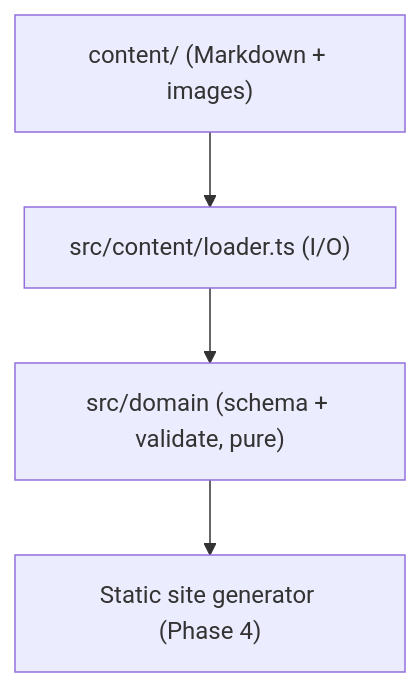
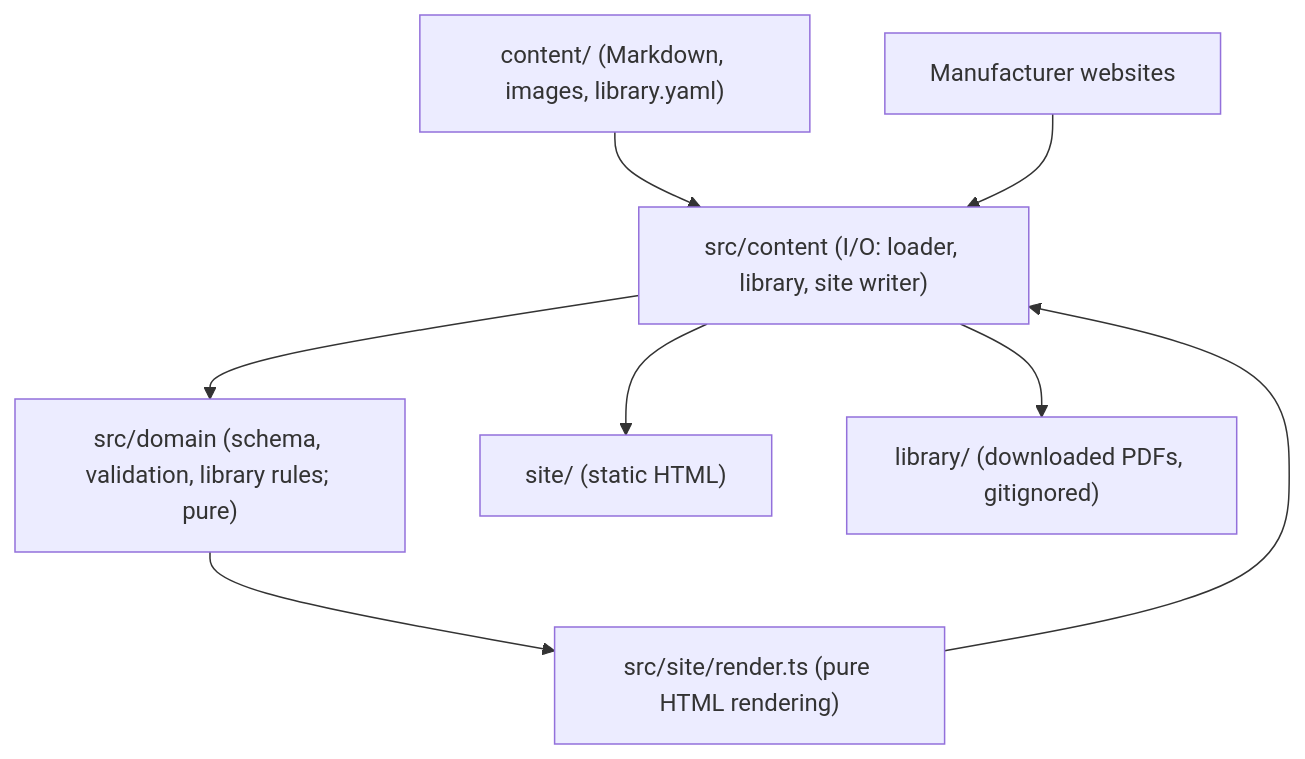
One commit to JustinANelson/building-automation-wiki changed the diagram in docs/ARCHITECTURE.md. Above: the diagram before and after it, drawn with Mermaid. The commit also changed other lines of this file and 8 other files, not shown here.

First line of the commit message:
Add static site generator, site tests, and fix roadmap docs

````diff
--- a/docs/ARCHITECTURE.md
+++ b/docs/ARCHITECTURE.md
@@ -5,6 +5,10 @@
 ```mermaid
 flowchart TD
-    Content["content/ (Markdown + images)"] --> Loader["src/content/loader.ts (I/O)"]
-    Loader --> Domain["src/domain (schema + validate, pure)"]
-    Domain --> Site["Static site generator (Phase 4)"]
+    Content["content/ (Markdown, images, library.yaml)"] --> Loader["src/content (I/O: loader, library, site writer)"]
+    Loader --> Domain["src/domain (schema, validation, library rules; pure)"]
+    Domain --> Render["src/site/render.ts (pure HTML rendering)"]
+    Render --> Loader
+    Loader --> Out["site/ (static HTML)"]
+    Net["Manufacturer websites"] --> Loader
+    Loader --> Lib["library/ (downloaded PDFs, gitignored)"]
 ```
````
